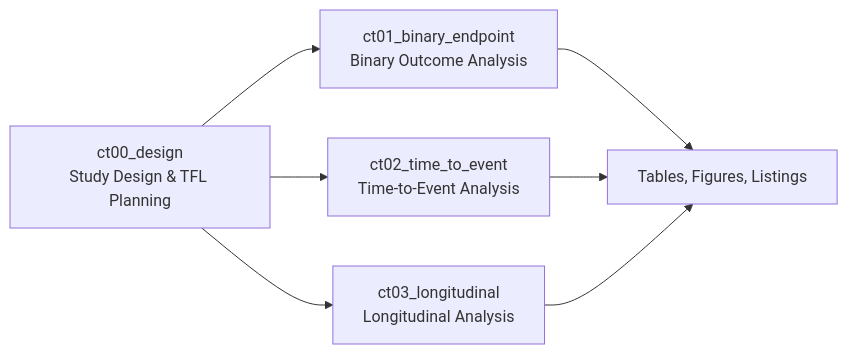
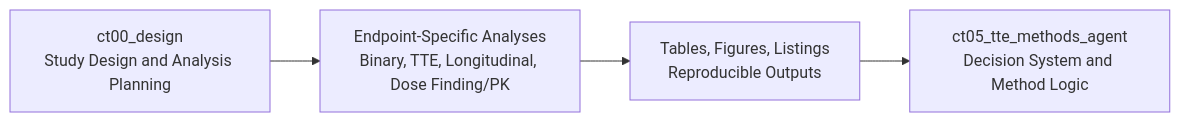
Before and after one commit to gminor71/biomedical-analytics-clinical-operations: the diagram in projects/clinical-trial-statistical-analysis/clinical-trials/README.md, drawn with Mermaid. The commit also changed other lines of this file, not shown here.

Commit message:
Updated clinical-trials README to reflect new project additions v2

````diff
--- a/projects/clinical-trial-statistical-analysis/clinical-trials/README.md
+++ b/projects/clinical-trial-statistical-analysis/clinical-trials/README.md
@@ -15,13 +15,9 @@
 ```mermaid
 flowchart LR
-    A[ct00_design<br/>Study Design & TFL Planning]
-        --> B[ct01_binary_endpoint<br/>Binary Outcome Analysis]
+    A[ct00_design<br/>Study Design and Analysis Planning]
+        --> B[Endpoint-Specific Analyses<br/>Binary, TTE, Longitudinal, Dose Finding/PK]
 
-    A --> C[ct02_time_to_event<br/>Time-to-Event Analysis]
+    B --> C[Tables, Figures, Listings<br/>Reproducible Outputs]
 
-    A --> D[ct03_longitudinal<br/>Longitudinal Analysis]
-
-    B --> E[Tables, Figures, Listings]
-    C --> E
-    D --> E
+    C --> D[ct05_tte_methods_agent<br/>Decision System and Method Logic]
 ```
````
